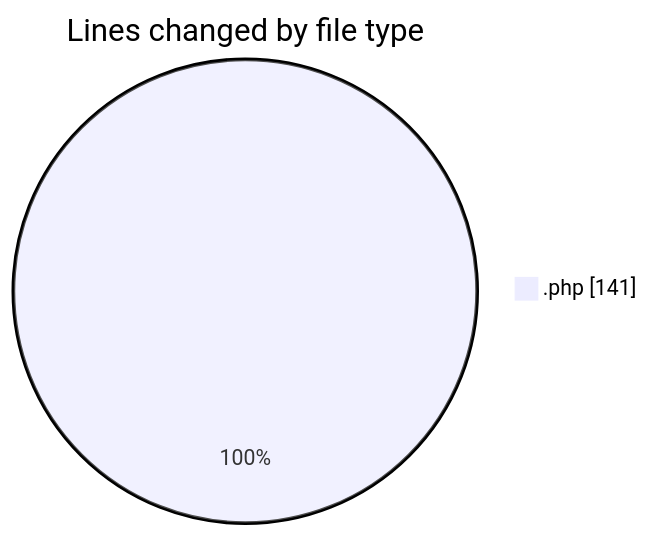
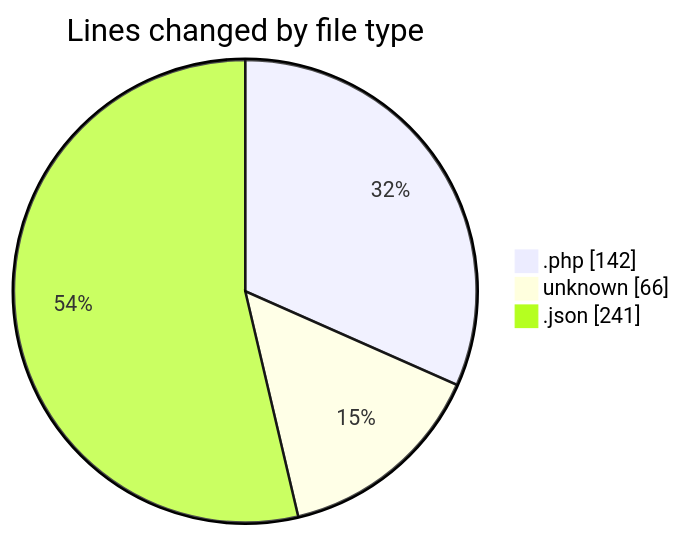
One commit to idhammustaqopulfikri/code-tracking changed the first of 2 diagrams in 2025-04-10/test/README.md. Above: the diagram before and after it, drawn with Mermaid. The commit also changed other lines of this file and 1 other file, not shown here.

````diff
--- a/2025-04-10/test/README.md
+++ b/2025-04-10/test/README.md
@@ -23,5 +25,7 @@
 ```mermaid
 pie showData
 title Lines changed by file type
-".php" : 141
+".php" : 142
+"unknown" : 66
+".json" : 241
 ```
````
